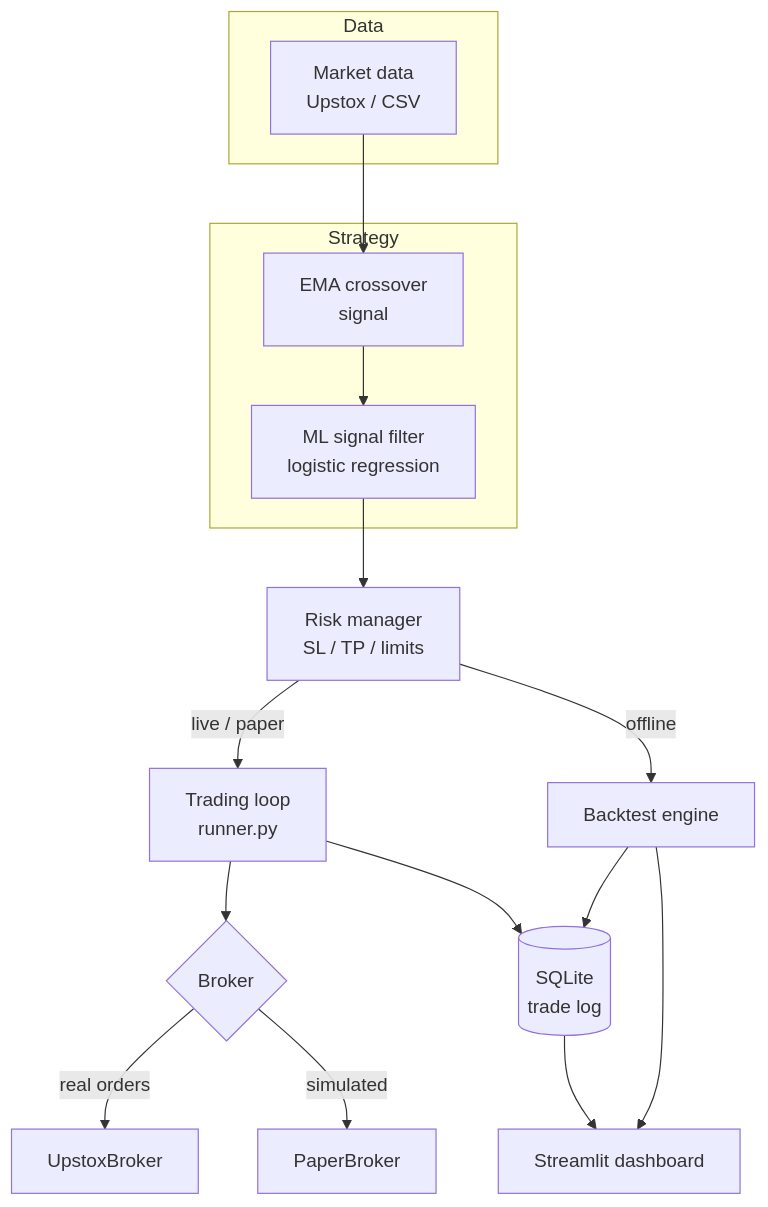
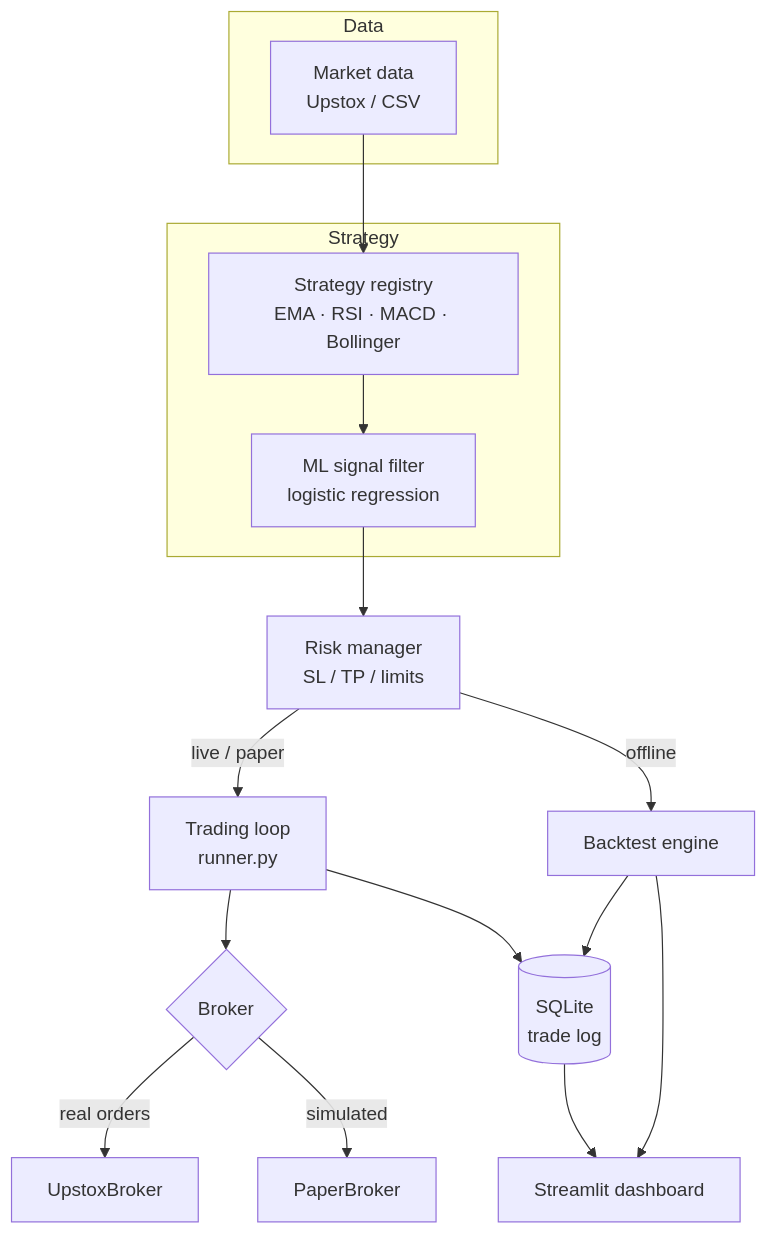
One commit to ManavS24/AlphaPulse changed the diagram in docs/architecture.md. Above: the diagram before and after it, drawn with Mermaid. The commit also changed other lines of this file and 15 other files, not shown here.

````diff
--- a/docs/architecture.md
+++ b/docs/architecture.md
@@ -9,25 +9,25 @@
 ```mermaid
 flowchart TD
     subgraph Data
         MD[Market data<br/>Upstox / CSV]
     end
     subgraph Strategy
-        EMA[EMA crossover<br/>signal] --> MLF[ML signal filter<br/>logistic regression]
+        STRAT[Strategy registry<br/>EMA · RSI · MACD · Bollinger] --> MLF[ML signal filter<br/>logistic regression]
     end
     RISK[Risk manager<br/>SL / TP / limits]
 
-    MD --> EMA
+    MD --> STRAT
     MLF --> RISK
 
     RISK -->|live / paper| RUN[Trading loop<br/>runner.py]
     RISK -->|offline| BT[Backtest engine]
 
     RUN --> BROKER{Broker}
     BROKER -->|real orders| UP[UpstoxBroker]
     BROKER -->|simulated| PB[PaperBroker]
 
     BT --> DB[(SQLite<br/>trade log)]
     RUN --> DB
     DB --> DASH[Streamlit dashboard]
     BT --> DASH
 ```
````
